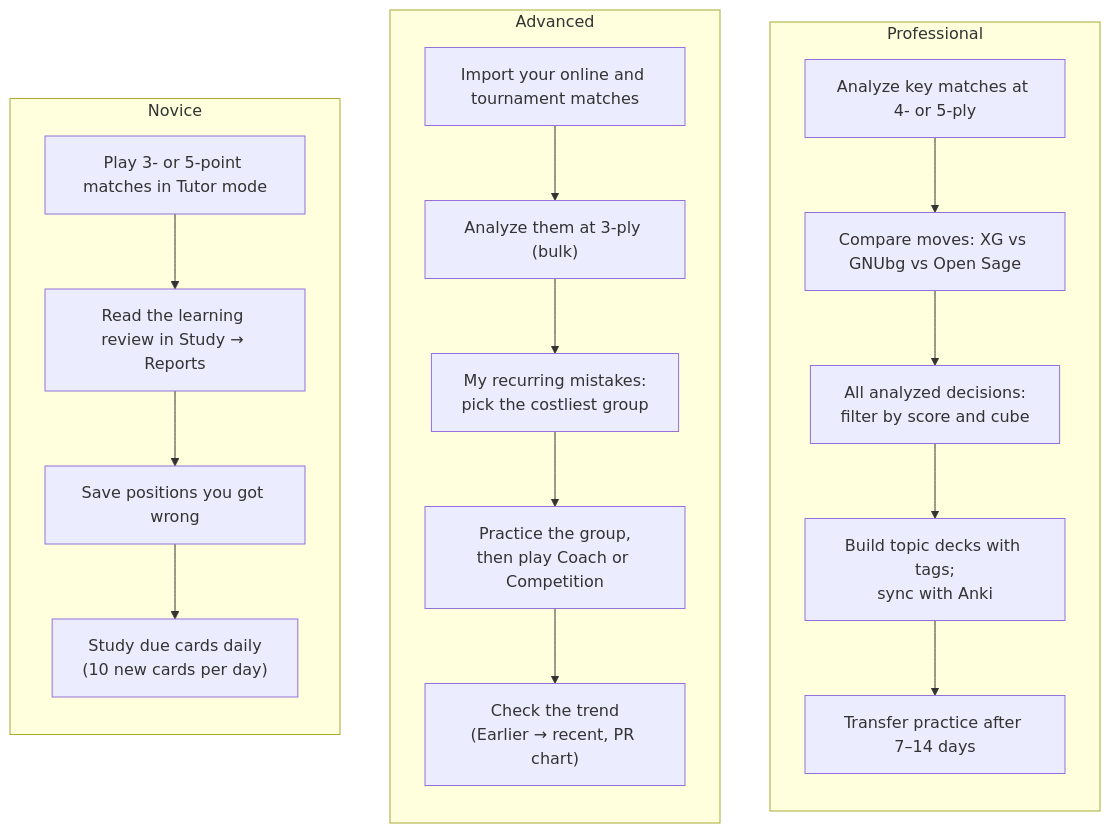
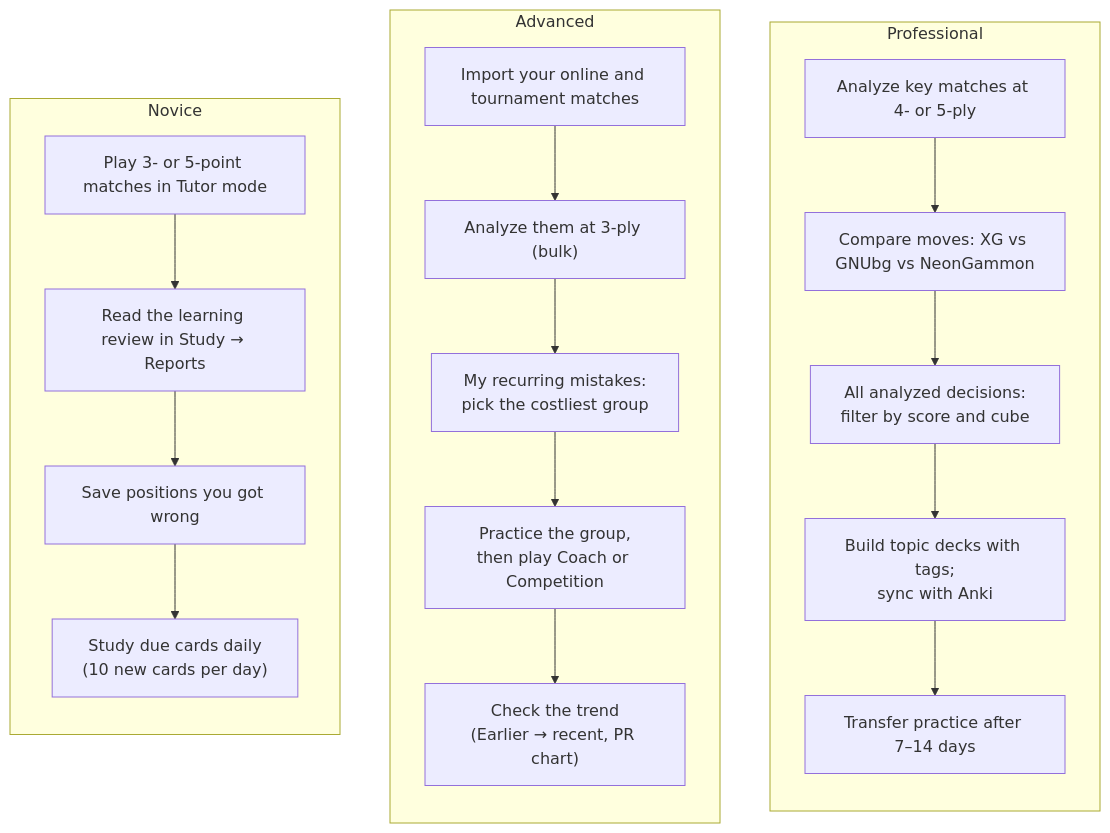
The seventh of 7 diagrams in docs/user-guide/README.md (HendrikReh/neondojo), drawn with Mermaid before and after one commit. The commit also changed other lines of this file and 88 other files, not shown here.

First line of the commit message:
Use NeonGammon 3.0.0 and call the engine NeonGammon

````diff
--- a/docs/user-guide/README.md
+++ b/docs/user-guide/README.md
@@ -735,21 +735,21 @@
 ```mermaid
 flowchart LR
   subgraph N["Novice"]
     direction TB
     N1["Play 3- or 5-point matches in Tutor mode"] --> N2["Read the learning review in Study → Reports"]
     N2 --> N3["Save positions you got wrong"] --> N4["Study due cards daily<br/>(10 new cards per day)"]
   end
   subgraph A["Advanced"]
     direction TB
     A1["Import your online and tournament matches"] --> A2["Analyze them at 3-ply (bulk)"]
     A2 --> A3["My recurring mistakes:<br/>pick the costliest group"] --> A4["Practice the group,<br/>then play Coach or Competition"]
     A4 --> A5["Check the trend<br/>(Earlier → recent, PR chart)"]
   end
   subgraph P["Professional"]
     direction TB
-    P1["Analyze key matches at 4- or 5-ply"] --> P2["Compare moves: XG vs GNUbg vs Open Sage"]
+    P1["Analyze key matches at 4- or 5-ply"] --> P2["Compare moves: XG vs GNUbg vs NeonGammon"]
     P2 --> P3["All analyzed decisions:<br/>filter by score and cube"] --> P4["Build topic decks with tags;<br/>sync with Anki"]
     P4 --> P5["Transfer practice after 7–14 days"]
   end
   N ~~~ A ~~~ P
 ```
````
